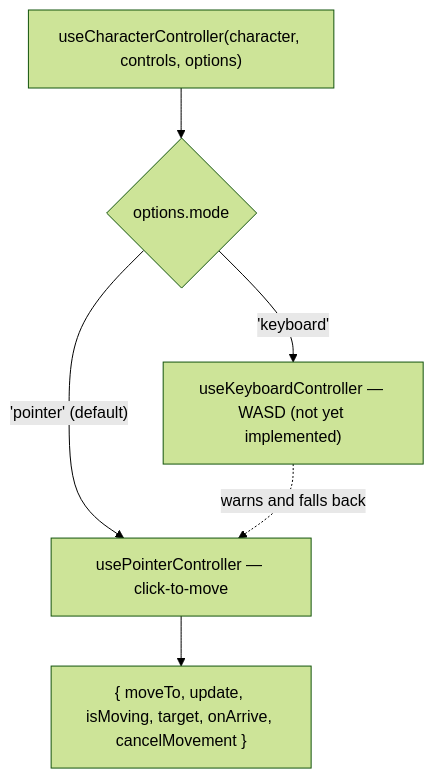
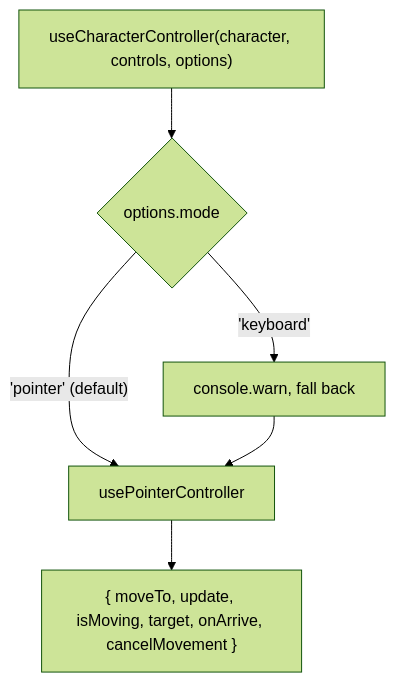
Before and after one commit to alvarosabu/artificer-forge: the diagram in apps/grimoire/content/05.characters/3.controller.md, drawn with Mermaid (forest theme). The commit also changed other lines of this file and 157 other files, not shown here.

````diff
--- a/apps/grimoire/content/05.characters/3.controller.md
+++ b/apps/grimoire/content/05.characters/3.controller.md
@@ -17,8 +13,8 @@
 ```mermaid
 flowchart TD
   A["useCharacterController(character, controls, options)"] --> B{"options.mode"}
-  B -- "'pointer' (default)" --> C["usePointerController — click-to-move"]
-  B -- "'keyboard'" --> D["useKeyboardController — WASD (not yet implemented)"]
-  D -. "warns and falls back" .-> C
+  B -- "'pointer' (default)" --> C["usePointerController"]
+  B -- "'keyboard'" --> D["console.warn, fall back"]
+  D --> C
   C --> E["{ moveTo, update, isMoving, target, onArrive, cancelMovement }"]
 ```
````
